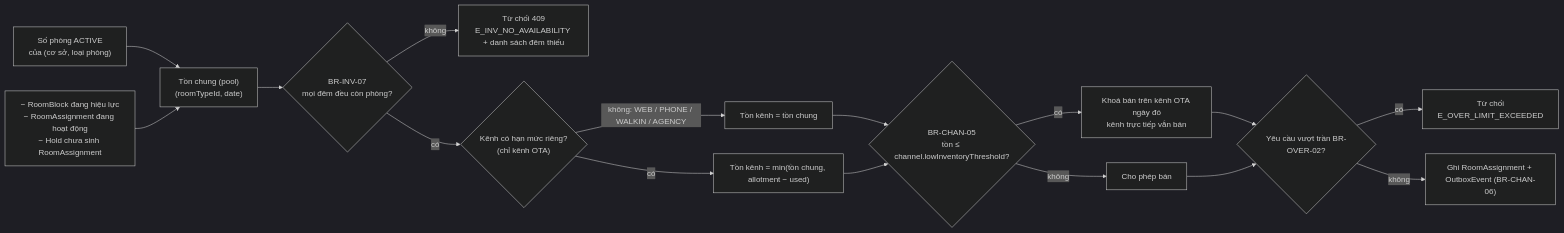
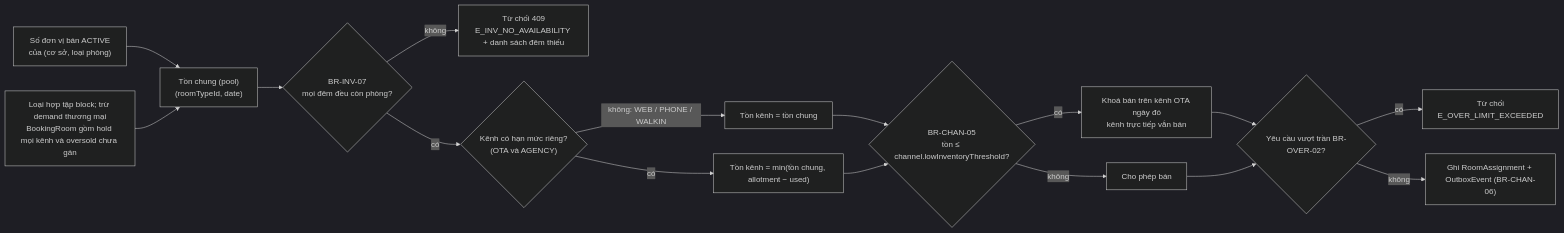
The first of 3 diagrams in docs/02-nghiep-vu/qua-tai-ghep-doi-phong.md (minhtuluc/HotelBuild), drawn with Mermaid (dark theme) before and after one commit. The commit also changed other lines of this file and 45 other files, not shown here.

````diff
--- a/docs/02-nghiep-vu/qua-tai-ghep-doi-phong.md
+++ b/docs/02-nghiep-vu/qua-tai-ghep-doi-phong.md
@@ -24,18 +24,18 @@
 ```mermaid
 flowchart LR
-    A["Số phòng ACTIVE<br/>của (cơ sở, loại phòng)"] --> M
-    B["− RoomBlock đang hiệu lực<br/>− RoomAssignment đang hoạt động<br/>− Hold chưa sinh RoomAssignment"] --> M
+    A["Số đơn vị bán ACTIVE<br/>của (cơ sở, loại phòng)"] --> M
+    B["Loại hợp tập block; trừ demand thương mại<br/>BookingRoom gồm hold mọi kênh và oversold chưa gán"] --> M
     M["Tồn chung (pool)<br/>(roomTypeId, date)"] --> S{"BR-INV-07<br/>mọi đêm đều còn phòng?"}
     S -->|không| O1["Từ chối 409<br/>E_INV_NO_AVAILABILITY + danh sách đêm thiếu"]
-    S -->|có| K{"Kênh có hạn mức riêng?<br/>(chỉ kênh OTA)"}
-    K -->|không: WEB / PHONE / WALKIN / AGENCY| O3["Tồn kênh = tồn chung"]
+    S -->|có| K{"Kênh có hạn mức riêng?<br/>(OTA và AGENCY)"}
+    K -->|không: WEB / PHONE / WALKIN| O3["Tồn kênh = tồn chung"]
     K -->|có| T["Tồn kênh = min(tồn chung, allotment − used)"]
     O3 --> L{"BR-CHAN-05<br/>tồn ≤ channel.lowInventoryThreshold?"}
     T --> L
     L -->|có| Q["Khoá bán trên kênh OTA ngày đó<br/>kênh trực tiếp vẫn bán"]
     L -->|không| R["Cho phép bán"]
     Q --> V{"Yêu cầu vượt trần BR-OVER-02?"}
     R --> V
     V -->|có| O2["Từ chối<br/>E_OVER_LIMIT_EXCEEDED"]
     V -->|không| Z["Ghi RoomAssignment + OutboxEvent (BR-CHAN-06)"]
 ```
````
